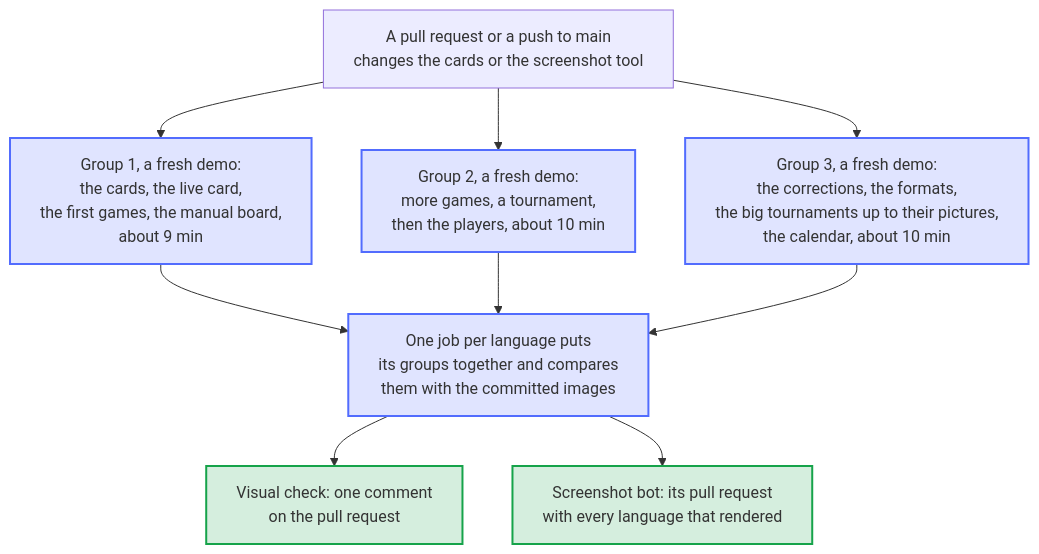
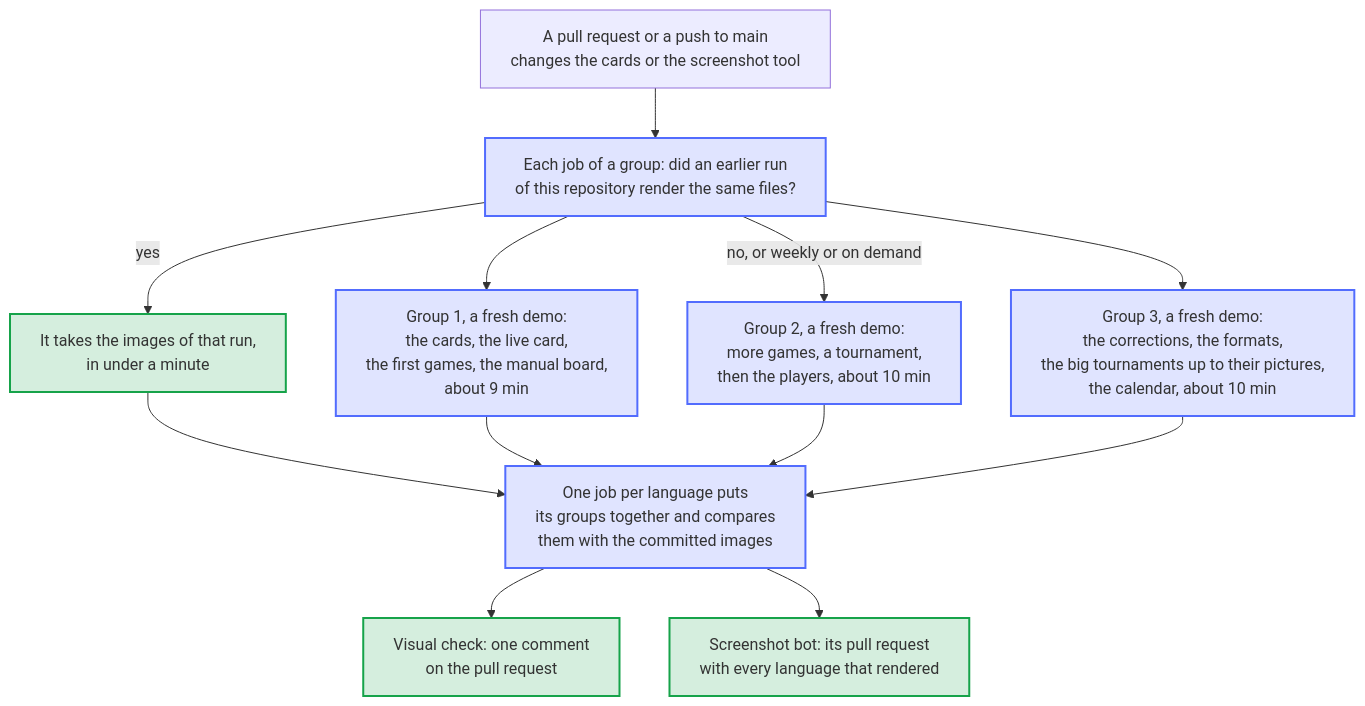
Before and after one commit to Dennis-Otto/homedarts-for-autodarts: the diagram in docs/diagrams/screenshot-groups.en.mmd, drawn with Mermaid. The commit also changed 20 other files, not shown here.

```diff
--- a/docs/diagrams/screenshot-groups.en.mmd
+++ b/docs/diagrams/screenshot-groups.en.mmd
@@ -1,21 +1,26 @@
 ---
 config:
   flowchart:
     wrappingWidth: 400
 ---
 flowchart TB
   accTitle: How the visual check and the screenshot bot render the images in groups
-  accDescr: Each language renders in three groups at once, each group on a runner of its own from a fresh demo. The cards, the first games and the dartboard without Autodarts make group 1, more games with the players group 2, the corrections of a dart, the formats, the big tournaments and the calendar group 3. Then one job per language puts the images of its three groups together and compares them with the committed images. The visual check writes the comparison into one comment on the pull request; the screenshot bot updates its pull request with every language that rendered.
+  accDescr: Each language renders in three groups at once, each group on a runner of its own. First each job of a group looks for an earlier run of the visual check or of the screenshot bot, on a branch of this repository, that rendered the same files; it takes the images of that run in under a minute. Otherwise it renders them from a fresh demo. The cards, the first games and the dartboard without Autodarts make group 1, more games with the players group 2, the corrections of a dart, the formats, the big tournaments and the calendar group 3. Then one job per language puts the images of its three groups together and compares them with the committed images. The visual check writes the comparison into one comment on the pull request; the screenshot bot updates its pull request with every language that rendered.
 
-  START["A pull request or a push to main<br/>changes the cards or the screenshot tool"] --> G1 & G2 & G3
+  START["A pull request or a push to main<br/>changes the cards or the screenshot tool"] --> KEY
+  KEY["Each job of a group: did an earlier run<br/>of this repository render the same files?"]
+  KEY -->|"yes"| TAKE["It takes the images of that run,<br/>in under a minute"]
+  KEY --> G1
+  KEY -->|"no, or weekly or on demand"| G2
+  KEY --> G3
   G1["Group 1, a fresh demo:<br/>the cards, the live card,<br/>the first games, the manual board,<br/>about 9 min"]
   G2["Group 2, a fresh demo:<br/>more games, a tournament,<br/>then the players, about 10 min"]
   G3["Group 3, a fresh demo:<br/>the corrections, the formats,<br/>the big tournaments up to their pictures,<br/>the calendar, about 10 min"]
-  G1 & G2 & G3 --> COLLECT["One job per language puts<br/>its groups together and compares<br/>them with the committed images"]
+  TAKE & G1 & G2 & G3 --> COLLECT["One job per language puts<br/>its groups together and compares<br/>them with the committed images"]
   COLLECT --> COMMENT["Visual check: one comment<br/>on the pull request"]
   COLLECT --> BOT["Screenshot bot: its pull request<br/>with every language that rendered"]
 
   classDef bot fill:#526cfe2e,stroke:#526cfe,stroke-width:2px
   classDef done fill:#16a34a2e,stroke:#16a34a,stroke-width:2px
-  class G1,G2,G3,COLLECT bot
-  class COMMENT,BOT done
+  class KEY,G1,G2,G3,COLLECT bot
+  class TAKE,COMMENT,BOT done
```
